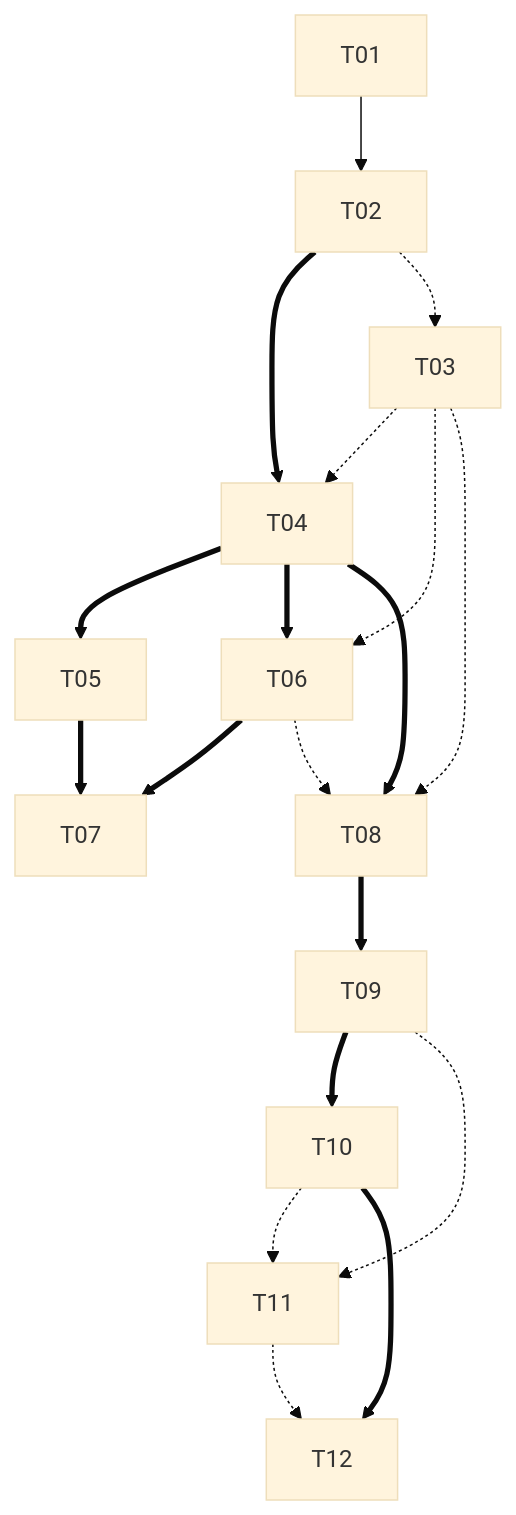
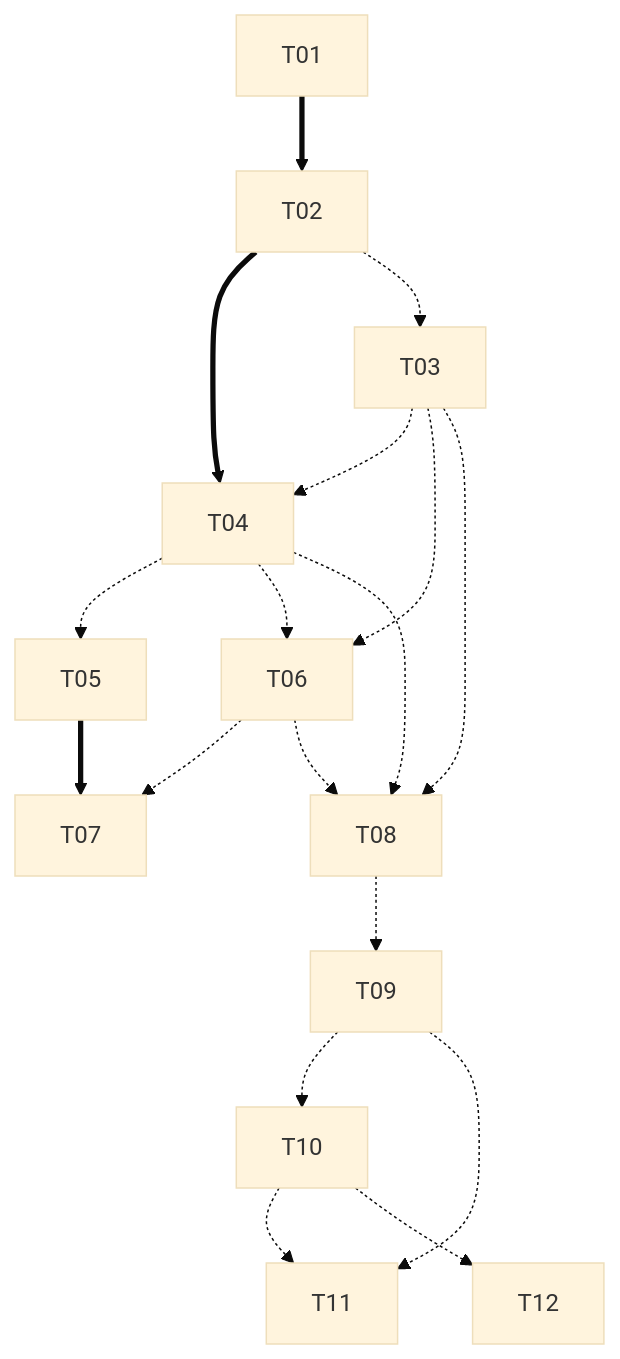
The second of 2 diagrams in .ai/tasks/TASK-0029-t01-t12-execution-planning.md (AnRun-M/enterprise-ai-agent-handbook), drawn with Mermaid (base theme) before and after one commit. The commit also changed other lines of this file and 1 other file, not shown here.

````diff
--- a/.ai/tasks/TASK-0029-t01-t12-execution-planning.md
+++ b/.ai/tasks/TASK-0029-t01-t12-execution-planning.md
@@ -88,21 +138,20 @@
 ```mermaid
 flowchart TD
-    T01 --> T02
+    T01 ==> T02
     T02 ==> T04
+    T05 ==> T07
     T02 -.-> T03
-    T04 ==> T05
-    T04 ==> T06
-    T05 ==> T07
-    T06 ==> T07
-    T04 ==> T08
-    T08 ==> T09
-    T06 -.-> T08
     T03 -.-> T04
     T03 -.-> T06
+    T04 -.-> T05
+    T04 -.-> T06
+    T04 -.-> T08
     T03 -.-> T08
-    T09 ==> T10
+    T06 -.-> T07
+    T06 -.-> T08
+    T08 -.-> T09
+    T09 -.-> T10
     T09 -.-> T11
     T10 -.-> T11
-    T10 ==> T12
-    T11 -.-> T12
+    T10 -.-> T12
 ```
````
